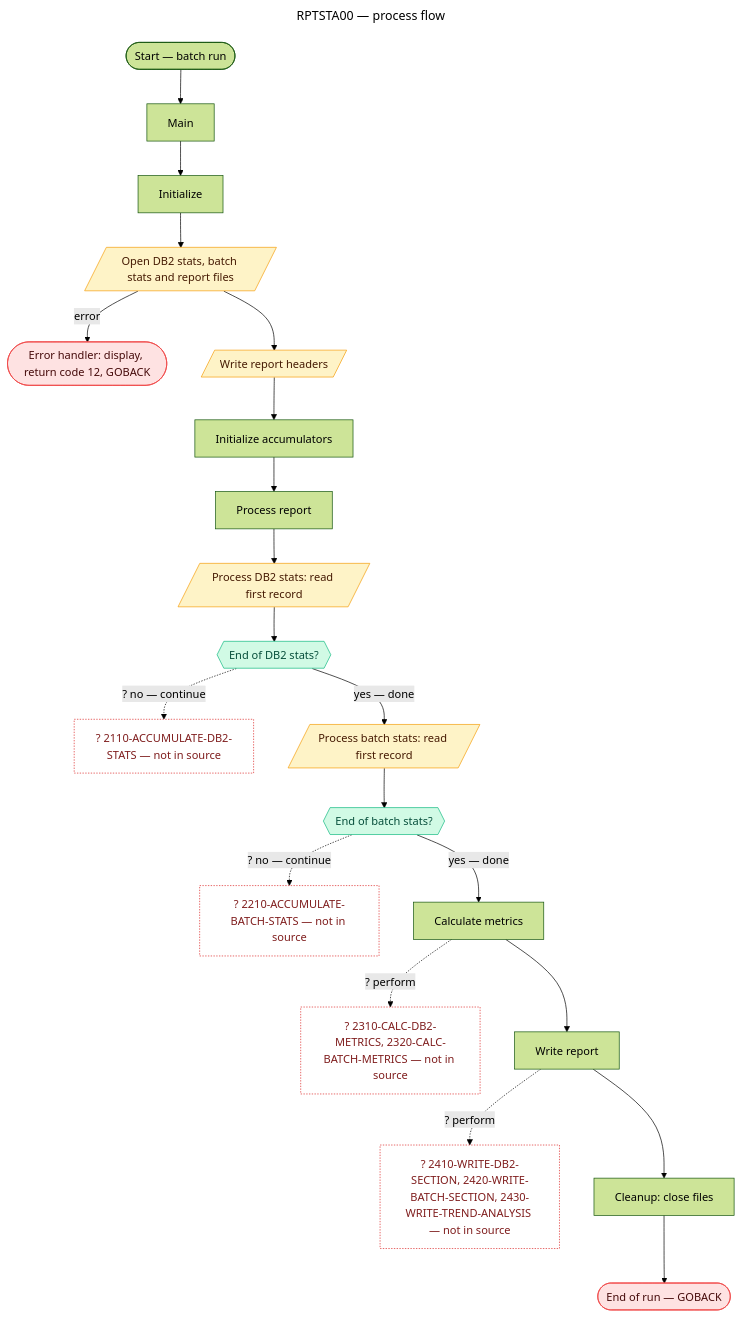
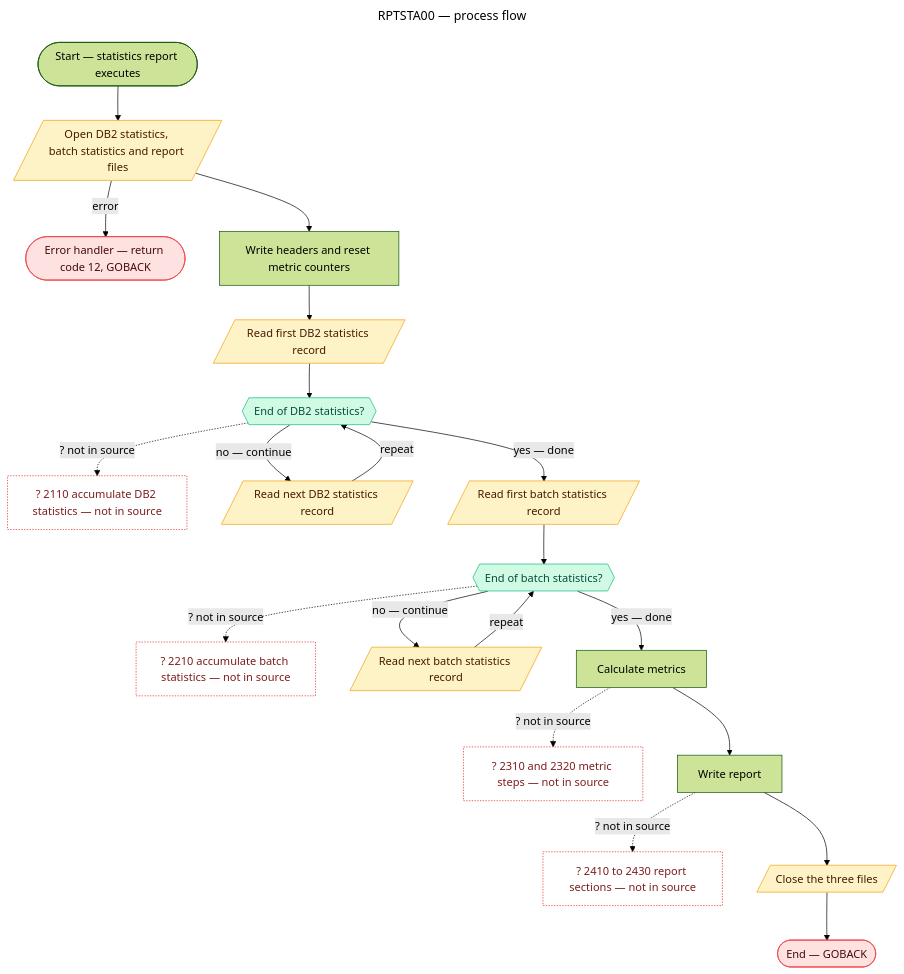
One commit to vighnasreevara/REVFORGE-Harness changed the diagram in output/diagram/diagrams/flow_RPTSTA00.mmd. Above: the diagram before and after it, drawn with Mermaid (forest theme). The commit also changed 352 other files, not shown here.

First line of the commit message:
Re-run full REVFORGE pipeline on Claude Opus 5.5

```diff
--- a/output/diagram/diagrams/flow_RPTSTA00.mmd
+++ b/output/diagram/diagrams/flow_RPTSTA00.mmd
@@ -1,82 +1,75 @@
 ---
 title: RPTSTA00 — process flow
 ---
 flowchart TD
   %% Generated by 6_diagram agent — sequence-builder skill
-  %% Program: RPTSTA00 (batch) — 12 paragraphs, 0 business rules
-  %% Logic status: partial — 7 PERFORM targets are not in the source (Agent 4 unresolvable_paths)
-  %% Size management: missing targets of 2300 and 2400 are grouped into one placeholder node each
+  %% Program: RPTSTA00 (batch) — 12 paragraphs, 0 business rules, logic_status partial
   %% Edges: solid = confirmed; -.-> runtime:/uncertain: = uncertain; -.-> ? = unsupported
-  %% REVFORGE-ID FILE file_id=SYS-PORTFOLIO-001-FIL-0050 path_id=SYS-PORTFOLIO-001-PATH-0050
 
   classDef io         fill:#fef3c7,stroke:#f59e0b,color:#451a03
   classDef terminal   fill:#fee2e2,stroke:#ef4444,color:#450a0a
   classDef loop       fill:#d1fae5,stroke:#10b981,color:#064e3b
   classDef unresolved fill:#ffffff,stroke:#dc2626,color:#7f1d1d,stroke-dasharray:2 2
 
-  START(["Start — batch run"])
-  PARA_0000["Main"]
-  PARA_1000["Initialize"]
-  PARA_1100[/"Open DB2 stats, batch stats and report files"/]:::io
-  PARA_9999(["Error handler: display, return code 12, GOBACK"]):::terminal
-  PARA_1200[/"Write report headers"/]:::io
-  PARA_1300["Initialize accumulators"]
-  PARA_2000["Process report"]
-  PARA_2100[/"Process DB2 stats: read first record"/]:::io
-  LOOP_DB2{{"End of DB2 stats?"}}:::loop
-  MISS_2110["? 2110-ACCUMULATE-DB2-STATS — not in source"]:::unresolved
-  PARA_2200[/"Process batch stats: read first record"/]:::io
-  LOOP_BCH{{"End of batch stats?"}}:::loop
-  MISS_2210["? 2210-ACCUMULATE-BATCH-STATS — not in source"]:::unresolved
+  START(["Start — statistics report executes"])
+  IO_OPEN[/"Open DB2 statistics, batch statistics and report files"/]:::io
+  ERR_HANDLER(["Error handler — return code 12, GOBACK"]):::terminal
+  PARA_INIT["Write headers and reset metric counters"]
+  IO_DB2READ[/"Read first DB2 statistics record"/]:::io
+  LOOP_DB2{{"End of DB2 statistics?"}}:::loop
+  UNRES_2110["? 2110 accumulate DB2 statistics — not in source"]:::unresolved
+  IO_DB2NEXT[/"Read next DB2 statistics record"/]:::io
+  IO_BCHREAD[/"Read first batch statistics record"/]:::io
+  LOOP_BCH{{"End of batch statistics?"}}:::loop
+  UNRES_2210["? 2210 accumulate batch statistics — not in source"]:::unresolved
+  IO_BCHNEXT[/"Read next batch statistics record"/]:::io
   PARA_2300["Calculate metrics"]
-  MISS_23XX["? 2310-CALC-DB2-METRICS, 2320-CALC-BATCH-METRICS — not in source"]:::unresolved
+  UNRES_2300["? 2310 and 2320 metric steps — not in source"]:::unresolved
   PARA_2400["Write report"]
-  MISS_24XX["? 2410-WRITE-DB2-SECTION, 2420-WRITE-BATCH-SECTION, 2430-WRITE-TREND-ANALYSIS — not in source"]:::unresolved
-  PARA_3000["Cleanup: close files"]
-  TERMINAL(["End of run — GOBACK"]):::terminal
+  UNRES_2400["? 2410 to 2430 report sections — not in source"]:::unresolved
+  IO_CLOSE[/"Close the three files"/]:::io
+  TERMINAL(["End — GOBACK"]):::terminal
 
-  %% REVFORGE-ID START paragraph_id=null statement_id=null
-  %% REVFORGE-ID PARA_0000 paragraph_id=SYS-PORTFOLIO-001-FIL-0050-PAR-0001 statement_id=null
-  %% REVFORGE-ID PARA_1000 paragraph_id=SYS-PORTFOLIO-001-FIL-0050-PAR-0002 statement_id=SYS-PORTFOLIO-001-FIL-0050-STMT-000001
-  %% REVFORGE-ID PARA_1100 paragraph_id=SYS-PORTFOLIO-001-FIL-0050-PAR-0003 statement_id=SYS-PORTFOLIO-001-FIL-0050-STMT-000005
-  %% REVFORGE-ID PARA_9999 paragraph_id=SYS-PORTFOLIO-001-FIL-0050-PAR-0012 statement_id=SYS-PORTFOLIO-001-FIL-0050-STMT-000037
-  %% REVFORGE-ID PARA_1200 paragraph_id=SYS-PORTFOLIO-001-FIL-0050-PAR-0004 statement_id=SYS-PORTFOLIO-001-FIL-0050-STMT-000006
-  %% REVFORGE-ID PARA_1300 paragraph_id=SYS-PORTFOLIO-001-FIL-0050-PAR-0005 statement_id=SYS-PORTFOLIO-001-FIL-0050-STMT-000007
-  %% REVFORGE-ID PARA_2000 paragraph_id=SYS-PORTFOLIO-001-FIL-0050-PAR-0006 statement_id=SYS-PORTFOLIO-001-FIL-0050-STMT-000002
-  %% REVFORGE-ID PARA_2100 paragraph_id=SYS-PORTFOLIO-001-FIL-0050-PAR-0007 statement_id=SYS-PORTFOLIO-001-FIL-0050-STMT-000019
-  %% REVFORGE-ID LOOP_DB2 paragraph_id=SYS-PORTFOLIO-001-FIL-0050-PAR-0007 statement_id=SYS-PORTFOLIO-001-FIL-0050-STMT-000024 field_id=null (END-OF-DB2-STATS unresolved)
-  %% REVFORGE-ID MISS_2110 paragraph_id=null statement_id=SYS-PORTFOLIO-001-FIL-0050-STMT-000043
-  %% REVFORGE-ID PARA_2200 paragraph_id=SYS-PORTFOLIO-001-FIL-0050-PAR-0008 statement_id=SYS-PORTFOLIO-001-FIL-0050-STMT-000020
-  %% REVFORGE-ID LOOP_BCH paragraph_id=SYS-PORTFOLIO-001-FIL-0050-PAR-0008 statement_id=SYS-PORTFOLIO-001-FIL-0050-STMT-000026 field_id=null (END-OF-BATCH-STATS unresolved)
-  %% REVFORGE-ID MISS_2210 paragraph_id=null statement_id=SYS-PORTFOLIO-001-FIL-0050-STMT-000046
+  %% REVFORGE-ID IO_OPEN paragraph_id=SYS-PORTFOLIO-001-FIL-0050-PAR-0003 statement_id=SYS-PORTFOLIO-001-FIL-0050-STMT-000005
+  %% REVFORGE-ID ERR_HANDLER paragraph_id=SYS-PORTFOLIO-001-FIL-0050-PAR-0012 statement_id=SYS-PORTFOLIO-001-FIL-0050-STMT-000035
+  %% REVFORGE-ID PARA_INIT paragraph_id=SYS-PORTFOLIO-001-FIL-0050-PAR-0004 statement_id=SYS-PORTFOLIO-001-FIL-0050-STMT-000006
+  %% REVFORGE-ID IO_DB2READ paragraph_id=SYS-PORTFOLIO-001-FIL-0050-PAR-0007 statement_id=SYS-PORTFOLIO-001-FIL-0050-STMT-000023
+  %% REVFORGE-ID LOOP_DB2 paragraph_id=SYS-PORTFOLIO-001-FIL-0050-PAR-0007 statement_id=SYS-PORTFOLIO-001-FIL-0050-STMT-000024
+  %% REVFORGE-ID UNRES_2110 paragraph_id=null statement_id=SYS-PORTFOLIO-001-FIL-0050-STMT-000043
+  %% REVFORGE-ID IO_DB2NEXT paragraph_id=SYS-PORTFOLIO-001-FIL-0050-PAR-0007 statement_id=SYS-PORTFOLIO-001-FIL-0050-STMT-000044
+  %% REVFORGE-ID IO_BCHREAD paragraph_id=SYS-PORTFOLIO-001-FIL-0050-PAR-0008 statement_id=SYS-PORTFOLIO-001-FIL-0050-STMT-000025
+  %% REVFORGE-ID LOOP_BCH paragraph_id=SYS-PORTFOLIO-001-FIL-0050-PAR-0008 statement_id=SYS-PORTFOLIO-001-FIL-0050-STMT-000026
+  %% REVFORGE-ID UNRES_2210 paragraph_id=null statement_id=SYS-PORTFOLIO-001-FIL-0050-STMT-000046
+  %% REVFORGE-ID IO_BCHNEXT paragraph_id=SYS-PORTFOLIO-001-FIL-0050-PAR-0008 statement_id=SYS-PORTFOLIO-001-FIL-0050-STMT-000047
   %% REVFORGE-ID PARA_2300 paragraph_id=SYS-PORTFOLIO-001-FIL-0050-PAR-0009 statement_id=SYS-PORTFOLIO-001-FIL-0050-STMT-000021
-  %% REVFORGE-ID MISS_23XX paragraph_id=null statement_id=SYS-PORTFOLIO-001-FIL-0050-STMT-000027,SYS-PORTFOLIO-001-FIL-0050-STMT-000028
+  %% REVFORGE-ID UNRES_2300 paragraph_id=null statement_id=SYS-PORTFOLIO-001-FIL-0050-STMT-000027
   %% REVFORGE-ID PARA_2400 paragraph_id=SYS-PORTFOLIO-001-FIL-0050-PAR-0010 statement_id=SYS-PORTFOLIO-001-FIL-0050-STMT-000022
-  %% REVFORGE-ID MISS_24XX paragraph_id=null statement_id=SYS-PORTFOLIO-001-FIL-0050-STMT-000029,SYS-PORTFOLIO-001-FIL-0050-STMT-000030,SYS-PORTFOLIO-001-FIL-0050-STMT-000031
-  %% REVFORGE-ID PARA_3000 paragraph_id=SYS-PORTFOLIO-001-FIL-0050-PAR-0011 statement_id=SYS-PORTFOLIO-001-FIL-0050-STMT-000003
+  %% REVFORGE-ID UNRES_2400 paragraph_id=null statement_id=SYS-PORTFOLIO-001-FIL-0050-STMT-000029
+  %% REVFORGE-ID IO_CLOSE paragraph_id=SYS-PORTFOLIO-001-FIL-0050-PAR-0011 statement_id=SYS-PORTFOLIO-001-FIL-0050-STMT-000003
   %% REVFORGE-ID TERMINAL paragraph_id=SYS-PORTFOLIO-001-FIL-0050-PAR-0001 statement_id=SYS-PORTFOLIO-001-FIL-0050-STMT-000004
 
-  START --> PARA_0000
-  PARA_0000 --> PARA_1000
-  PARA_1000 --> PARA_1100
-  PARA_1100 -->|error| PARA_9999
-  PARA_1100 --> PARA_1200
-  PARA_1200 --> PARA_1300
-  PARA_1300 --> PARA_2000
-  PARA_2000 --> PARA_2100
-  PARA_2100 --> LOOP_DB2
-  LOOP_DB2 -.->|? no — continue| MISS_2110
-  LOOP_DB2 -->|yes — done| PARA_2200
-  PARA_2200 --> LOOP_BCH
-  LOOP_BCH -.->|? no — continue| MISS_2210
+  START --> IO_OPEN
+  IO_OPEN -->|error| ERR_HANDLER
+  IO_OPEN --> PARA_INIT
+  PARA_INIT --> IO_DB2READ
+  IO_DB2READ --> LOOP_DB2
+  LOOP_DB2 -.->|? not in source| UNRES_2110
+  LOOP_DB2 -->|no — continue| IO_DB2NEXT
+  IO_DB2NEXT -->|repeat| LOOP_DB2
+  LOOP_DB2 -->|yes — done| IO_BCHREAD
+  IO_BCHREAD --> LOOP_BCH
+  LOOP_BCH -.->|? not in source| UNRES_2210
+  LOOP_BCH -->|no — continue| IO_BCHNEXT
+  IO_BCHNEXT -->|repeat| LOOP_BCH
   LOOP_BCH -->|yes — done| PARA_2300
-  PARA_2300 -.->|? perform| MISS_23XX
+  PARA_2300 -.->|? not in source| UNRES_2300
   PARA_2300 --> PARA_2400
-  PARA_2400 -.->|? perform| MISS_24XX
-  PARA_2400 --> PARA_3000
-  PARA_3000 --> TERMINAL
+  PARA_2400 -.->|? not in source| UNRES_2400
+  PARA_2400 --> IO_CLOSE
+  IO_CLOSE --> TERMINAL
 
-  %% PARA_1100 error edge: any of three OPEN status checks (STMT-000009, -000011, -000013) performs 9999-ERROR-HANDLER (STMT-000037, -000039, -000041), which ends with GOBACK without closing files.
-  %% Each read loop body performs a missing paragraph and then reads the next record (STMT-000044, STMT-000047); the loop-back is not drawn because placeholder nodes have no outgoing edges.
-  %% Unresolved names (no Field ID): END-OF-DB2-STATS, END-OF-BATCH-STATS (loop conditions), WS-ERROR-MESSAGE. COPY DB2STAT is unresolved.
-  %% No business rules are recorded for this program in rules_artifact.json.
+  %% 9999-ERROR-HANDLER ends the program with GOBACK (return code 12) without closing files (Agent 4 warning).
+  %% COPY DB2STAT has no copybook layout; END-OF-DB2-STATS, END-OF-BATCH-STATS and WS-ERROR-MESSAGE have no Field IDs.
+  %% Missing PERFORM targets: 2110-ACCUMULATE-DB2-STATS, 2210-ACCUMULATE-BATCH-STATS, 2310-CALC-DB2-METRICS,
+  %% 2320-CALC-BATCH-METRICS, 2410-WRITE-DB2-SECTION, 2420-WRITE-BATCH-SECTION, 2430-WRITE-TREND-ANALYSIS
+  %% No business rules were identified for this program by the Rules Agent.
```
